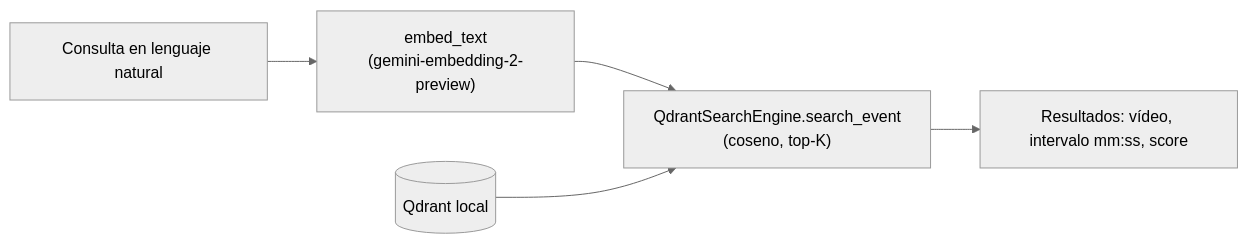
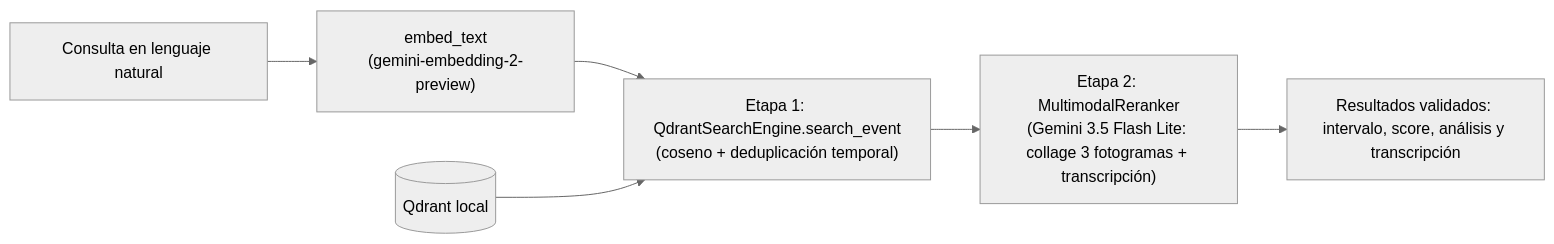
Before and after one commit to Sergiobs26mt/TFM-VideoRAG-Multimodal: the second of 2 diagrams in README.md, drawn with Mermaid (neutral theme). The commit also changed other lines of this file and 31 other files, not shown here.

````diff
--- a/README.md
+++ b/README.md
@@ -41,7 +41,8 @@
 ```mermaid
 flowchart LR
     Q["Consulta en lenguaje natural"] --> V["embed_text<br/>(gemini-embedding-2-preview)"]
-    V --> S["QdrantSearchEngine.search_event<br/>(coseno, top-K)"]
+    V --> S["Etapa 1: QdrantSearchEngine.search_event<br/>(coseno + deduplicación temporal)"]
     G[("Qdrant local")] --> S
-    S --> R["Resultados: vídeo, intervalo mm:ss, score"]
+    S --> M["Etapa 2: MultimodalReranker<br/>(Gemini 3.5 Flash Lite: collage 3 fotogramas + transcripción)"]
+    M --> R["Resultados validados: intervalo, score, análisis y transcripción"]
 ```
````
